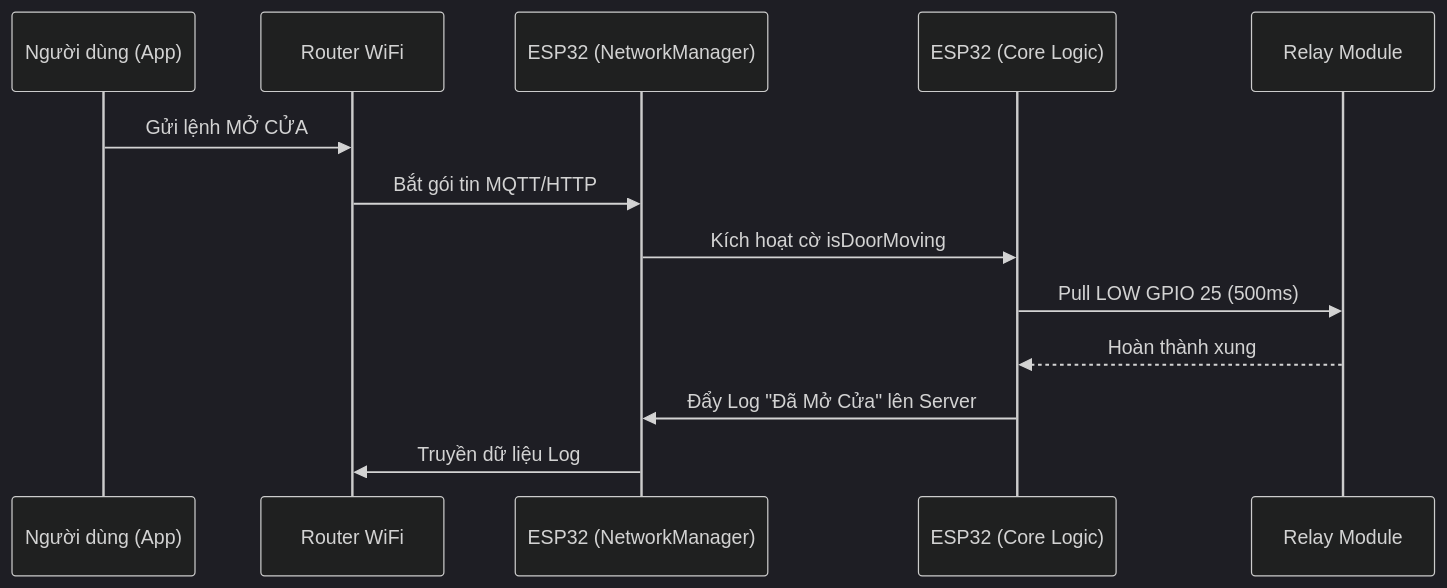
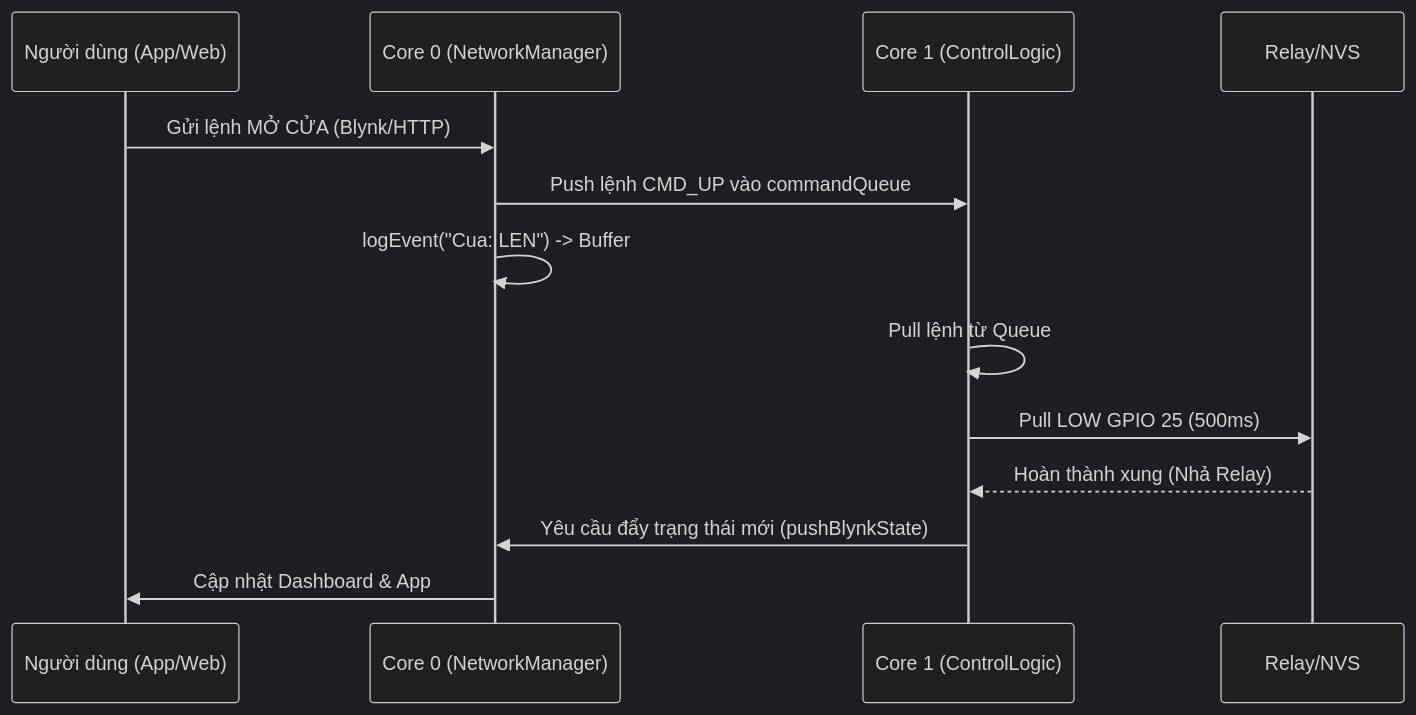
One commit to minhngo98/IOT_mydoor changed the diagram in docs/software_architecture.md. Above: the diagram before and after it, drawn with Mermaid (dark theme). The commit also changed other lines of this file and 6 other files, not shown here.

Commit message:
docs: restructure README and software architecture for CV readiness

````diff
--- a/docs/software_architecture.md
+++ b/docs/software_architecture.md
@@ -25,16 +32,16 @@
 ```mermaid
 sequenceDiagram
-    participant User as Người dùng (App)
-    participant WiFi as Router WiFi
-    participant ESP as ESP32 (NetworkManager)
-    participant Core as ESP32 (Core Logic)
-    participant Hardware as Relay Module
+    participant User as Người dùng (App/Web)
+    participant Core0 as Core 0 (NetworkManager)
+    participant Core1 as Core 1 (ControlLogic)
+    participant Hardware as Relay/NVS
     
-    User->>WiFi: Gửi lệnh MỞ CỬA
-    WiFi->>ESP: Bắt gói tin MQTT/HTTP
-    ESP->>Core: Kích hoạt cờ isDoorMoving
-    Core->>Hardware: Pull LOW GPIO 25 (500ms)
-    Hardware-->>Core: Hoàn thành xung
-    Core->>ESP: Đẩy Log "Đã Mở Cửa" lên Server
-    ESP->>WiFi: Truyền dữ liệu Log
+    User->>Core0: Gửi lệnh MỞ CỬA (Blynk/HTTP)
+    Core0->>Core1: Push lệnh CMD_UP vào commandQueue
+    Core0->>Core0: logEvent("Cua: LEN") -> Buffer
+    Core1->>Core1: Pull lệnh từ Queue
+    Core1->>Hardware: Pull LOW GPIO 25 (500ms)
+    Hardware-->>Core1: Hoàn thành xung (Nhả Relay)
+    Core1->>Core0: Yêu cầu đẩy trạng thái mới (pushBlynkState)
+    Core0->>User: Cập nhật Dashboard & App
 ```
````
